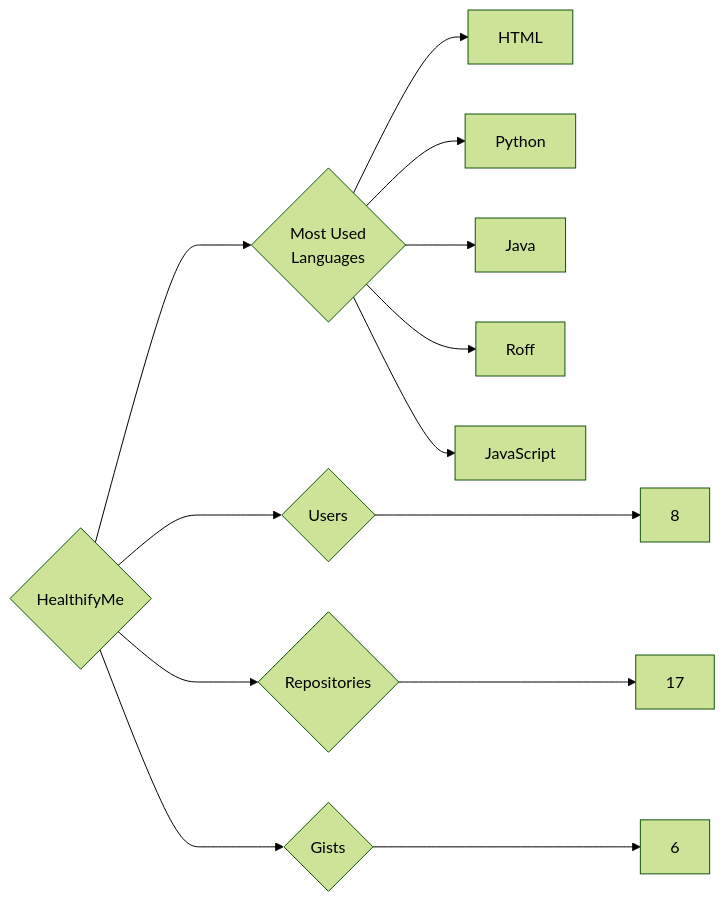
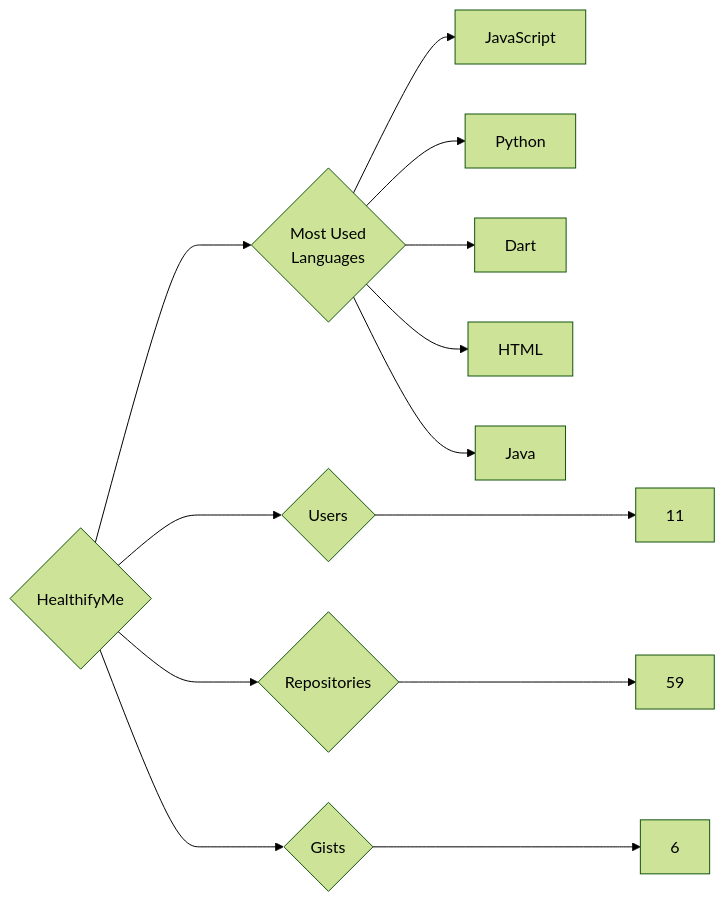
One commit to trickest/insiders changed the diagram in targets/HealthifyMe/README.md. Above: the diagram before and after it, drawn with Mermaid (forest theme). The commit also changed 1195 other files, not shown here.

````diff
--- a/targets/HealthifyMe/README.md
+++ b/targets/HealthifyMe/README.md
@@ -3,13 +3,13 @@
 ```mermaid
 graph LR
 COMPANY_NAME{HealthifyMe}
-COMPANY_NAME ---> U{Users} ---> UN[8]
-COMPANY_NAME ---> R{Repositories} ---> RN[17]
+COMPANY_NAME ---> U{Users} ---> UN[11]
+COMPANY_NAME ---> R{Repositories} ---> RN[59]
 COMPANY_NAME ---> G{Gists} ---> GN[6]
 COMPANY_NAME ---> ML{Most Used<br>Languages}
+ML --> JavaScript[JavaScript]
+ML --> Python[Python]
+ML --> Dart[Dart]
 ML --> HTML[HTML]
-ML --> Python[Python]
 ML --> Java[Java]
-ML --> Roff[Roff]
-ML --> JavaScript[JavaScript]
 ```
````
